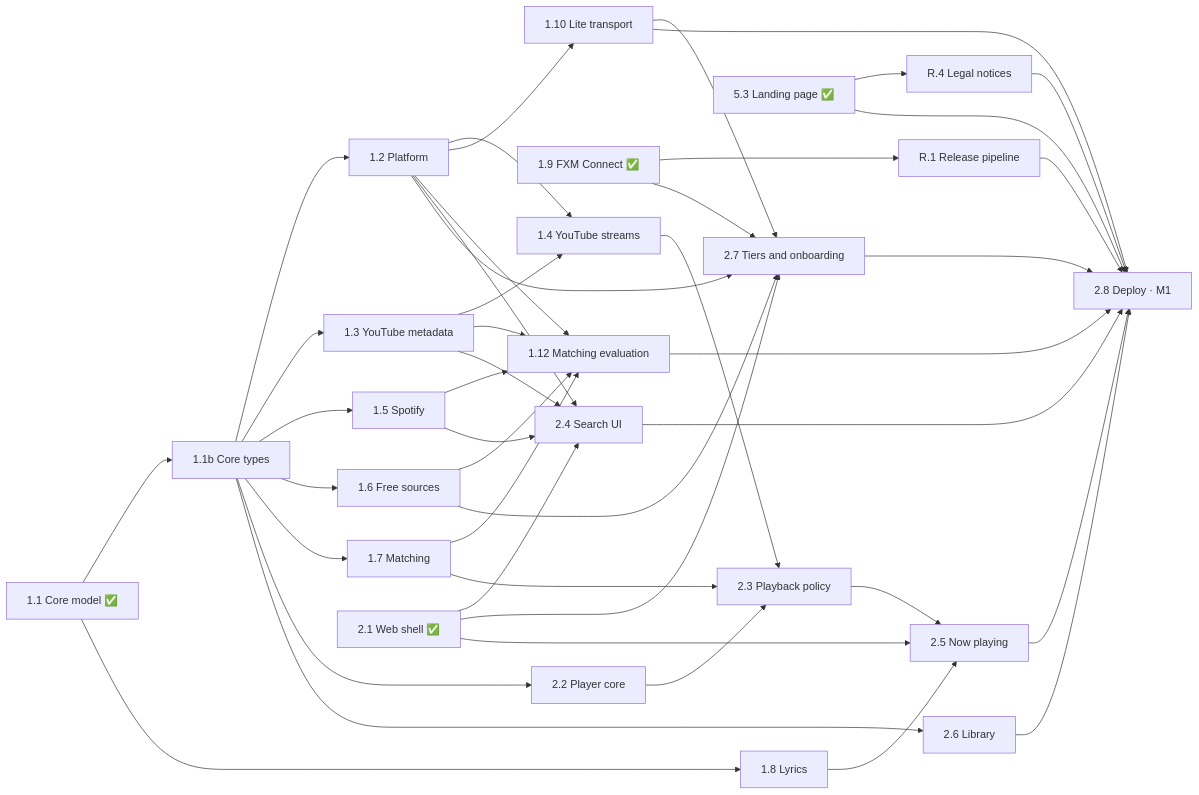
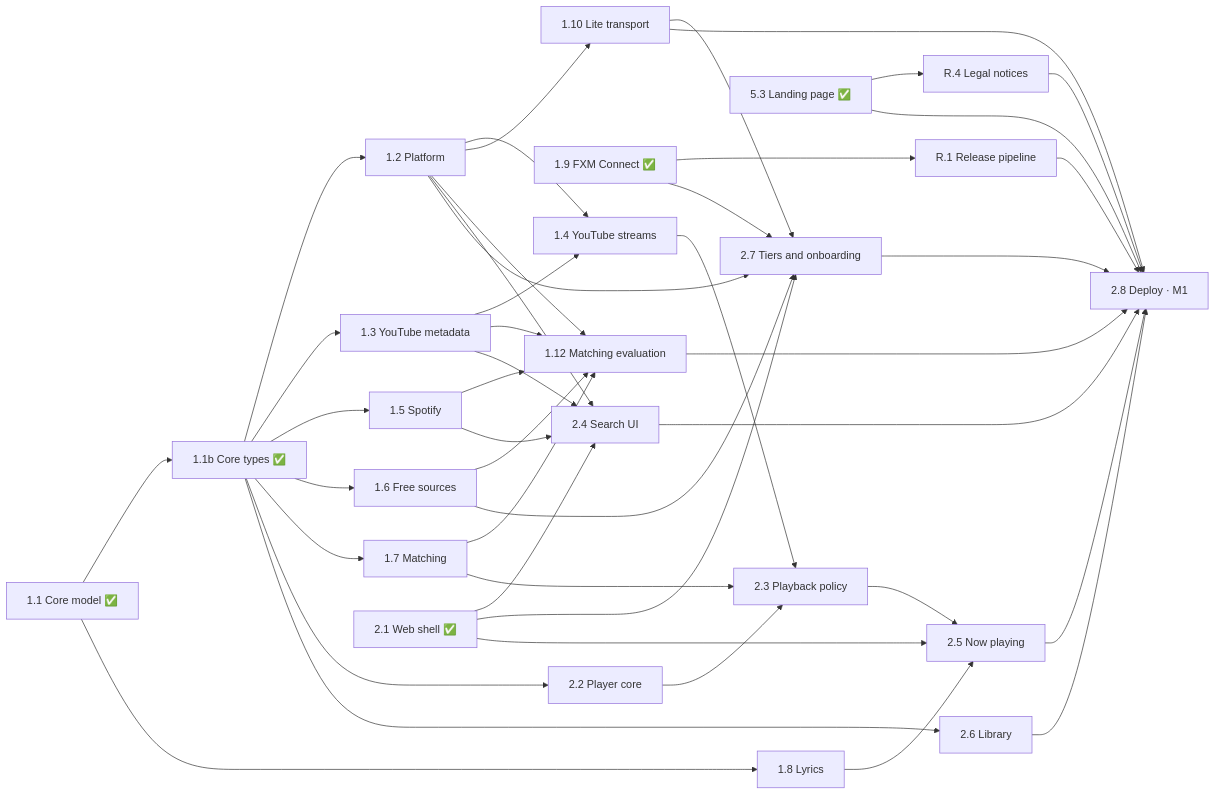
One commit to Pratyay-ops/FXM changed the diagram in docs/PLAN.md. Above: the diagram before and after it, drawn with Mermaid. The commit also changed other lines of this file and 1 other file, not shown here.

First line of the commit message:
docs(plan): mark 1.1b done and align the docs with its merged types

````diff
--- a/docs/PLAN.md
+++ b/docs/PLAN.md
@@ -65,15 +65,15 @@
 ```mermaid
 flowchart LR
-  s11["1.1 Core model ✅"] --> s11b["1.1b Core types"] & s18["1.8 Lyrics"]
+  s11["1.1 Core model ✅"] --> s11b["1.1b Core types ✅"] & s18["1.8 Lyrics"]
   s11b --> s12["1.2 Platform"] & s13["1.3 YouTube metadata"] & s15["1.5 Spotify"] & s16["1.6 Free sources"] & s17["1.7 Matching"] & s22["2.2 Player core"] & s26["2.6 Library"]
   s19["1.9 FXM Connect ✅"] --> sR1["R.1 Release pipeline"]
   s53["5.3 Landing page ✅"] --> sR4["R.4 Legal notices"]
   s12 & s13 --> s14["1.4 YouTube streams"]
   s12 --> s110["1.10 Lite transport"]
   s12 & s13 & s15 & s16 & s17 --> s112["1.12 Matching evaluation"]
   s21["2.1 Web shell ✅"] & s12 & s13 & s15 --> s24["2.4 Search UI"]
   s21 & s12 & s16 & s19 & s110 --> s27["2.7 Tiers and onboarding"]
   s22 & s14 & s17 --> s23["2.3 Playback policy"]
   s21 & s23 & s18 --> s25["2.5 Now playing"]
   s24 & s25 & s26 & s27 & s53 & sR1 & sR4 & s110 & s112 --> s28["2.8 Deploy · M1"]
 ```
````
